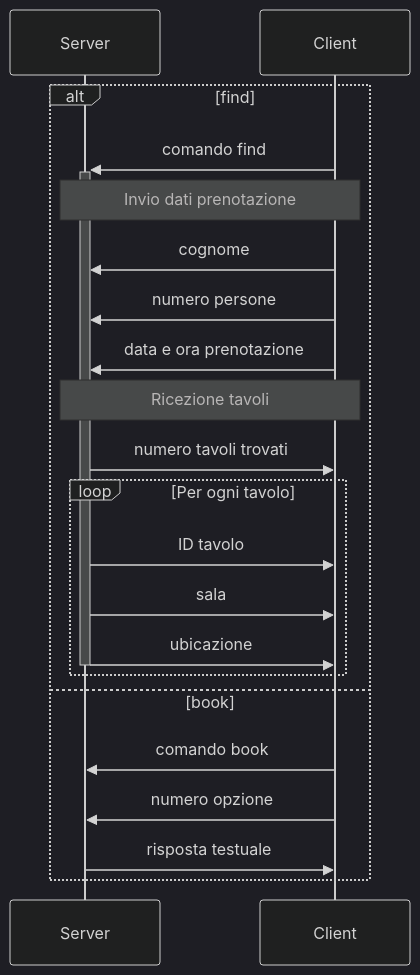
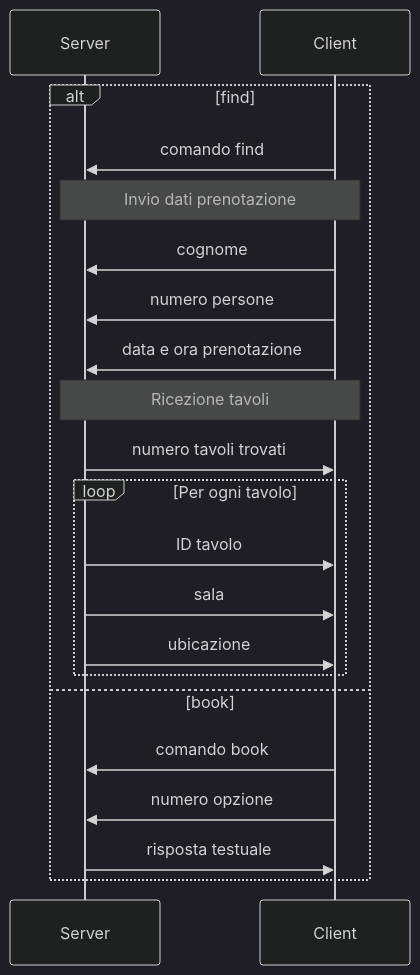
One commit to MainKronos/RistorazioneDigitale changed the diagram in README.md. Above: the diagram before and after it, drawn with Mermaid (dark theme). The commit also changed 12 other files, not shown here.

````diff
--- a/README.md
+++ b/README.md
@@ -5,25 +5,25 @@
 ```mermaid
 sequenceDiagram
 	participant sv as Server
 	participant cl as Client
 	alt find
-		cl->>+sv: comando find
+		cl->>sv: comando find
 		Note over sv,cl: Invio dati prenotazione
 		cl->>sv: cognome
 		cl->>sv: numero persone
 		cl->>sv: data e ora prenotazione
 		Note over sv,cl: Ricezione tavoli
 		sv->>cl: numero tavoli trovati
 		loop Per ogni tavolo
 			sv->>cl: ID tavolo
 			sv->>cl: sala
-			sv->>-cl: ubicazione
+			sv->>cl: ubicazione
 		end
 	else book
 		cl->>sv: comando book
 		cl->>sv: numero opzione
 		sv->>cl: risposta testuale
 
 	end
 
 ```
````
